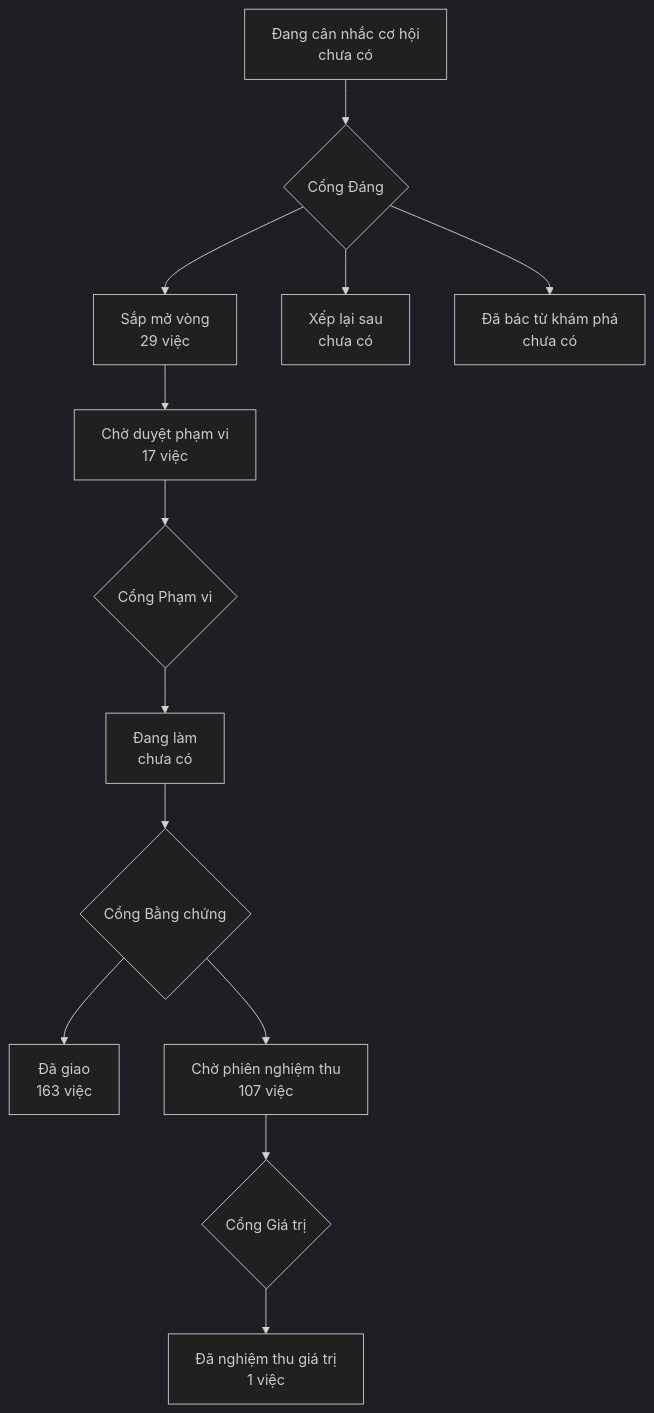
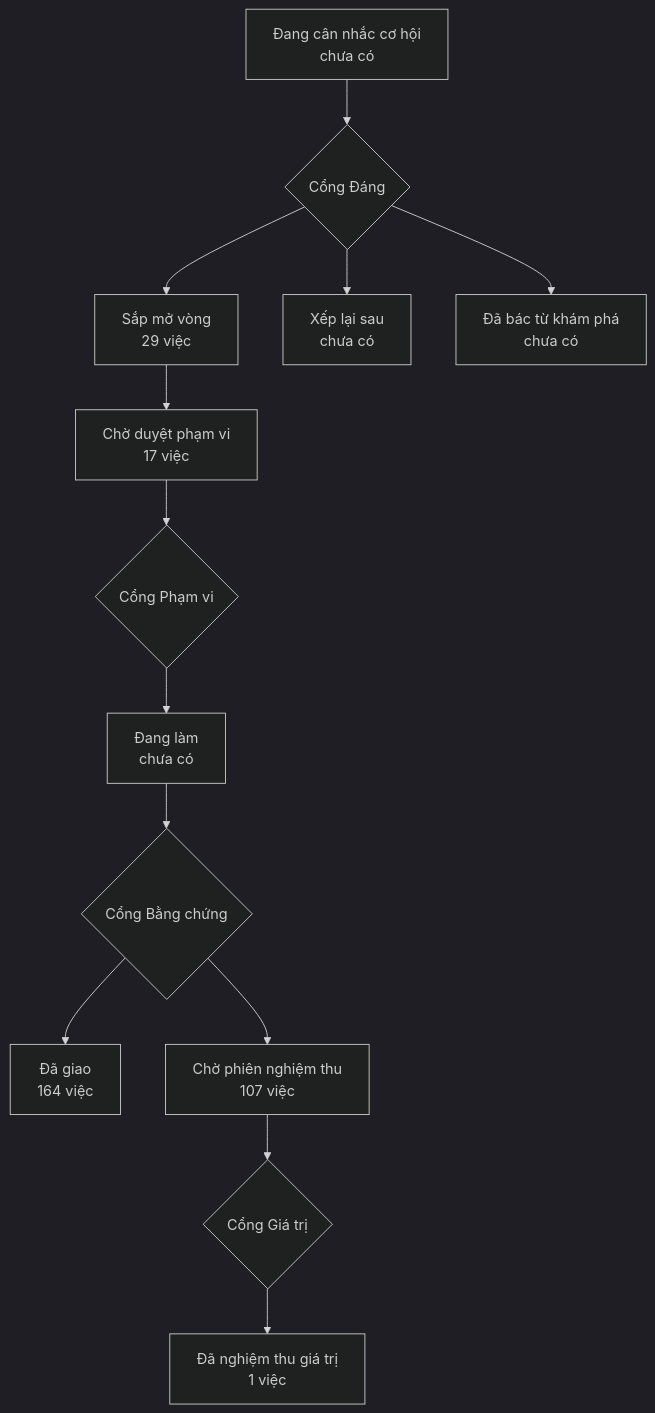
Before and after one commit to phanlemanh/onehub-invest: the diagram in PRODUCT-MAP.md, drawn with Mermaid (dark theme). The commit also changed other lines of this file and 1 other file, not shown here.

Commit message:
chore: vẽ lại bản đồ sản phẩm, LO-TRINH sau khi gộp main

````diff
--- a/PRODUCT-MAP.md
+++ b/PRODUCT-MAP.md
@@ -7,12 +7,12 @@
 ```mermaid
 flowchart TD
   A["Đang cân nhắc cơ hội<br/>chưa có"] --> GD{"Cổng Đáng"}
   GD --> B["Sắp mở vòng<br/>29 việc"]
   GD --> XL["Xếp lại sau<br/>chưa có"]
   GD --> DB["Đã bác từ khám phá<br/>chưa có"]
   B --> CD["Chờ duyệt phạm vi<br/>17 việc"] --> GP{"Cổng Phạm vi"}
   GP --> DL["Đang làm<br/>chưa có"] --> GB{"Cổng Bằng chứng"}
-  GB --> DG["Đã giao<br/>163 việc"]
+  GB --> DG["Đã giao<br/>164 việc"]
   GB --> CN["Chờ phiên nghiệm thu<br/>107 việc"] --> GG{"Cổng Giá trị"}
   GG --> NT["Đã nghiệm thu giá trị<br/>1 việc"]
 ```
````
